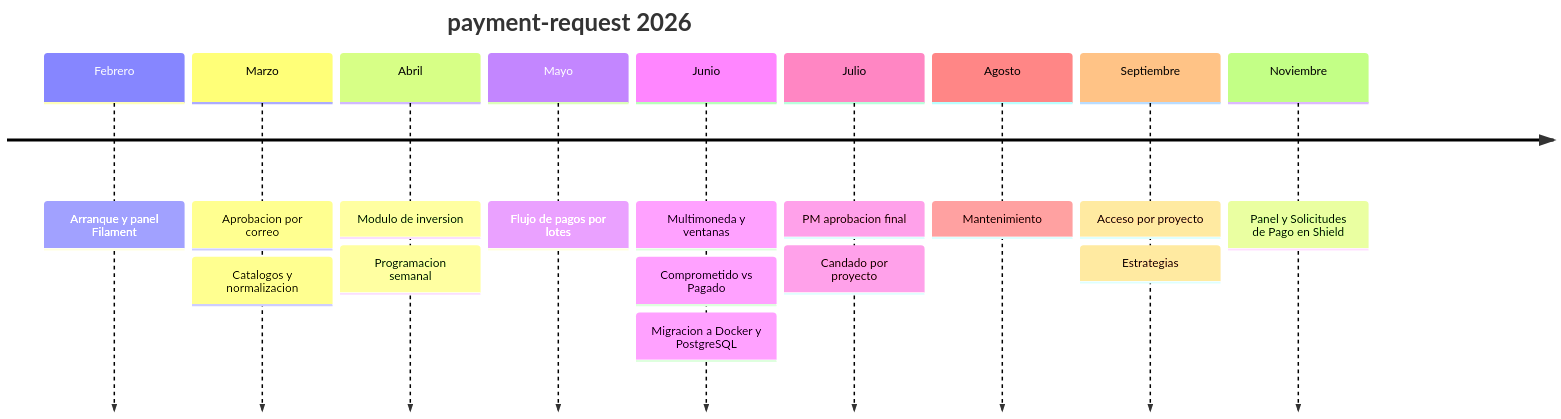
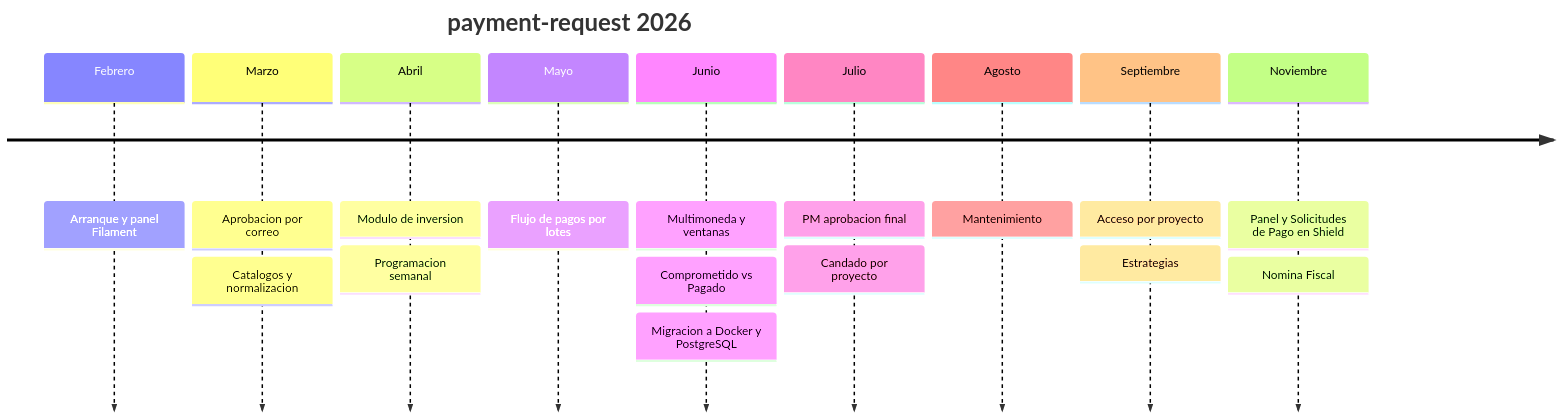
One commit to aramossysadmin/payment-request changed the diagram in vault/10 Historial/Indice del historial.md. Above: the diagram before and after it, drawn with Mermaid. The commit also changed other lines of this file and 16 other files, not shown here.

````diff
--- a/vault/10 Historial/Indice del historial.md
+++ b/vault/10 Historial/Indice del historial.md
@@ -34,13 +34,13 @@
 ```mermaid
 timeline
     title payment-request 2026
     Febrero : Arranque y panel Filament
     Marzo : Aprobacion por correo : Catalogos y normalizacion
     Abril : Modulo de inversion : Programacion semanal
     Mayo : Flujo de pagos por lotes
     Junio : Multimoneda y ventanas : Comprometido vs Pagado : Migracion a Docker y PostgreSQL
     Julio : PM aprobacion final : Candado por proyecto
     Agosto : Mantenimiento
     Septiembre : Acceso por proyecto : Estrategias
-    Noviembre : Panel y Solicitudes de Pago en Shield
+    Noviembre : Panel y Solicitudes de Pago en Shield : Nomina Fiscal
 ```
````
